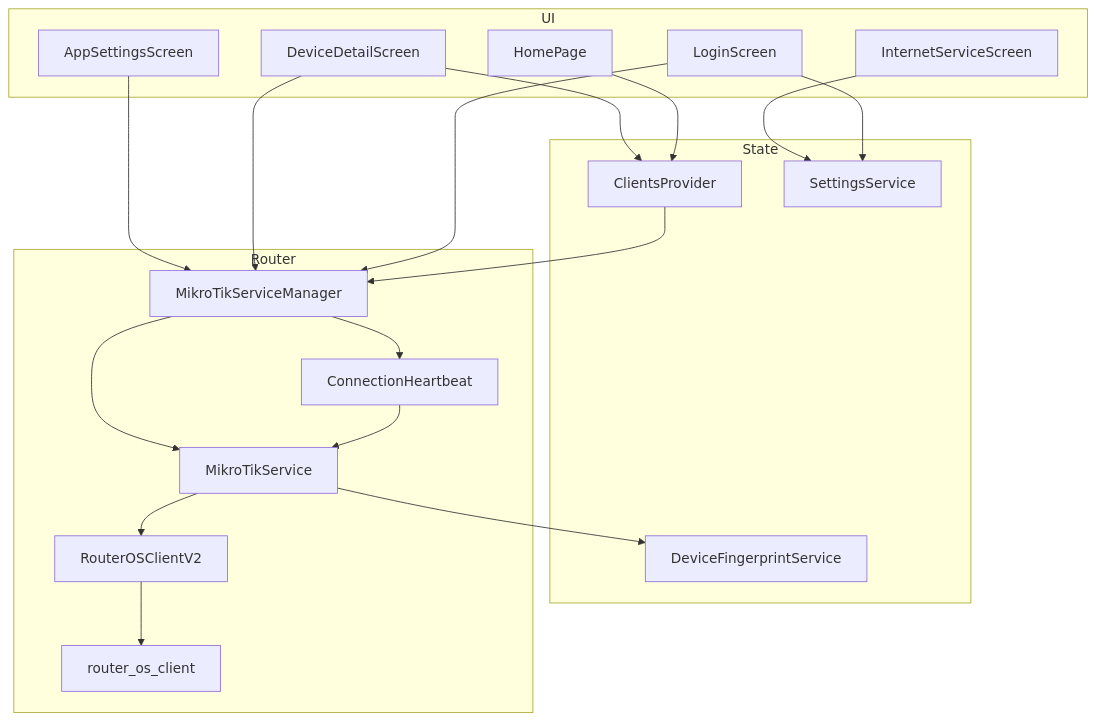
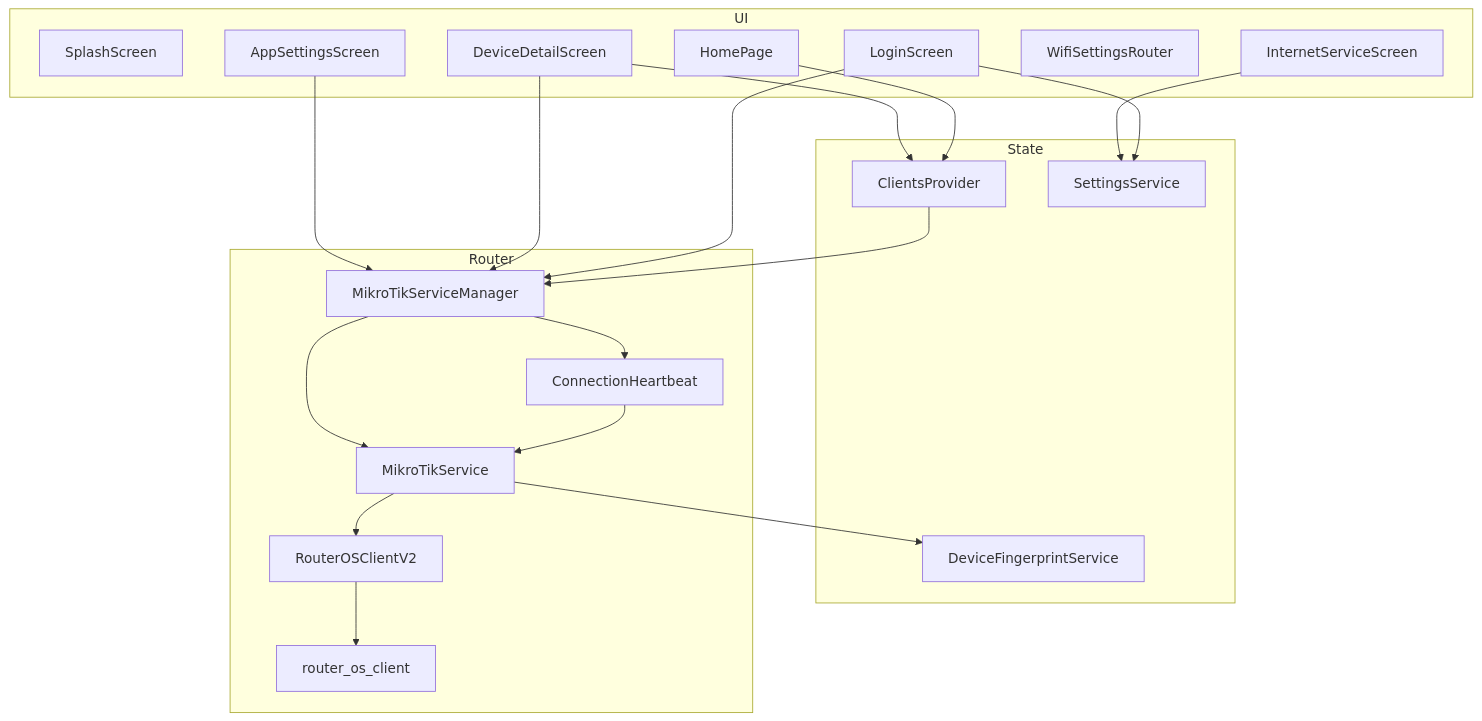
The first of 2 diagrams in docs/PROJECT_DOCUMENTATION_FA.md (Mersaduv/Internet-Management), drawn with Mermaid before and after one commit. The commit also changed other lines of this file and 5 other files, not shown here.

````diff
--- a/docs/PROJECT_DOCUMENTATION_FA.md
+++ b/docs/PROJECT_DOCUMENTATION_FA.md
@@ -120,39 +127,41 @@
 ```mermaid
 flowchart TB
   subgraph UI
+    Splash[SplashScreen]
     Login[LoginScreen]
     Home[HomePage]
     Detail[DeviceDetailScreen]
     Web[InternetServiceScreen]
+    WiFi[WifiSettingsRouter]
     AppSet[AppSettingsScreen]
   end
 
   subgraph State
     CP[ClientsProvider]
     SS[SettingsService]
     DFS[DeviceFingerprintService]
   end
 
   subgraph Router
     MSM[MikroTikServiceManager]
     HB[ConnectionHeartbeat]
     MTS[MikroTikService]
     ROS[RouterOSClientV2]
     PKG[router_os_client]
   end
 
   Login --> MSM
   Home --> CP
   Detail --> CP
   Detail --> MSM
   CP --> MSM
   AppSet --> MSM
   MSM --> HB
   HB --> MTS
   MSM --> MTS
   MTS --> ROS
   ROS --> PKG
   MTS --> DFS
   Login --> SS
   Web --> SS
 ```
````
